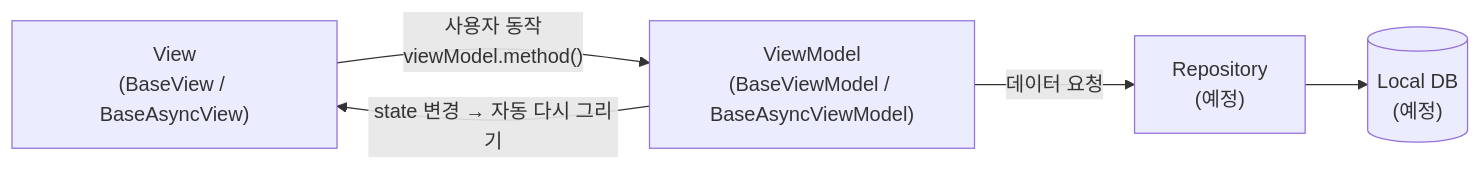
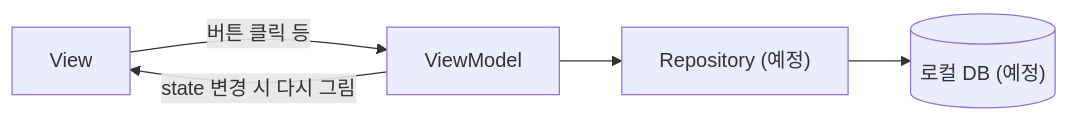
One commit to cwi112/maeum_book changed the diagram in README.md. Above: the diagram before and after it, drawn with Mermaid. The commit also changed other lines of this file and 61 other files, not shown here.

````diff
--- a/README.md
+++ b/README.md
@@ -67,7 +45,7 @@
 ```mermaid
 flowchart LR
-    V["View<br/>(BaseView / BaseAsyncView)"] -- "사용자 동작<br/>viewModel.method()" --> VM["ViewModel<br/>(BaseViewModel / BaseAsyncViewModel)"]
-    VM -- "state 변경 → 자동 다시 그리기" --> V
-    VM -- "데이터 요청" --> R["Repository<br/>(예정)"]
-    R --> DB[("Local DB<br/>(예정)")]
+    View -- "버튼 클릭 등" --> ViewModel
+    ViewModel -- "state 변경 시 다시 그림" --> View
+    ViewModel --> Repository["Repository (예정)"]
+    Repository --> DB[("로컬 DB (예정)")]
 ```
````
